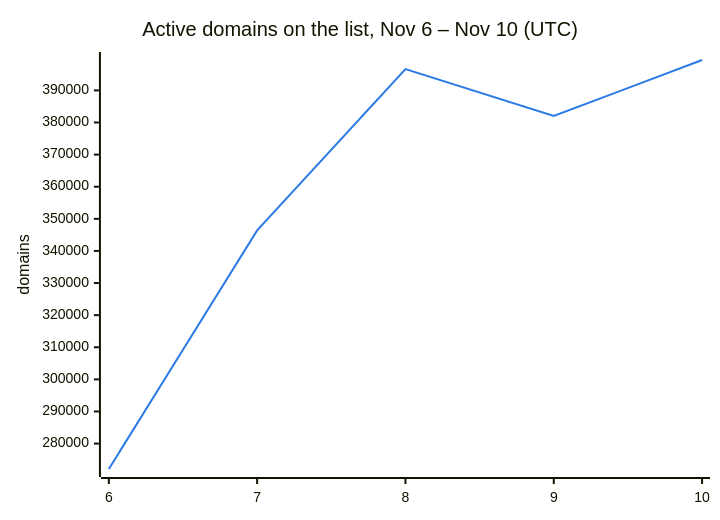
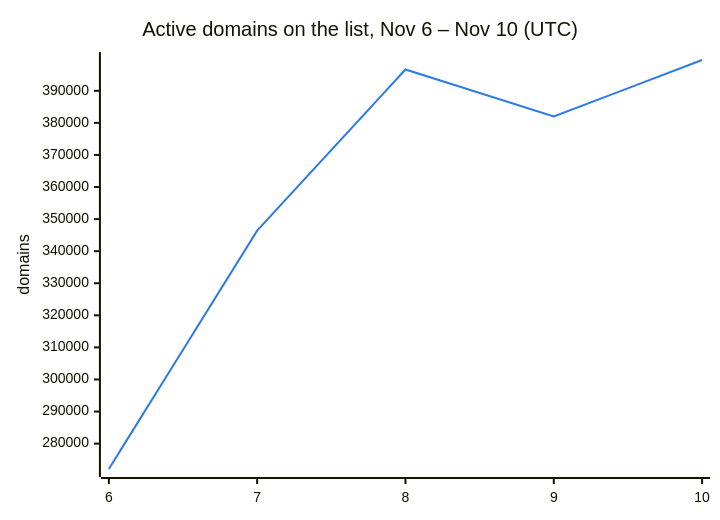
The second of 3 diagrams in README.md (DNSBunker/CTI), drawn with Mermaid before and after one commit. The commit also changed other lines of this file and 3 other files, not shown here.

````diff
--- a/README.md
+++ b/README.md
@@ -38,8 +38,8 @@
 ```mermaid
 %%{init: {"themeVariables": {"xyChart": {"plotColorPalette": "#2c7be5"}}}}%%
 xychart-beta
     title "Active domains on the list, Nov 6 – Nov 10 (UTC)"
     x-axis ["6", "7", "8", "9", "10"]
     y-axis "domains"
-    line [272088, 346388, 396638, 382009, 399462]
+    line [272088, 346388, 396638, 382009, 399604]
 ```
````
